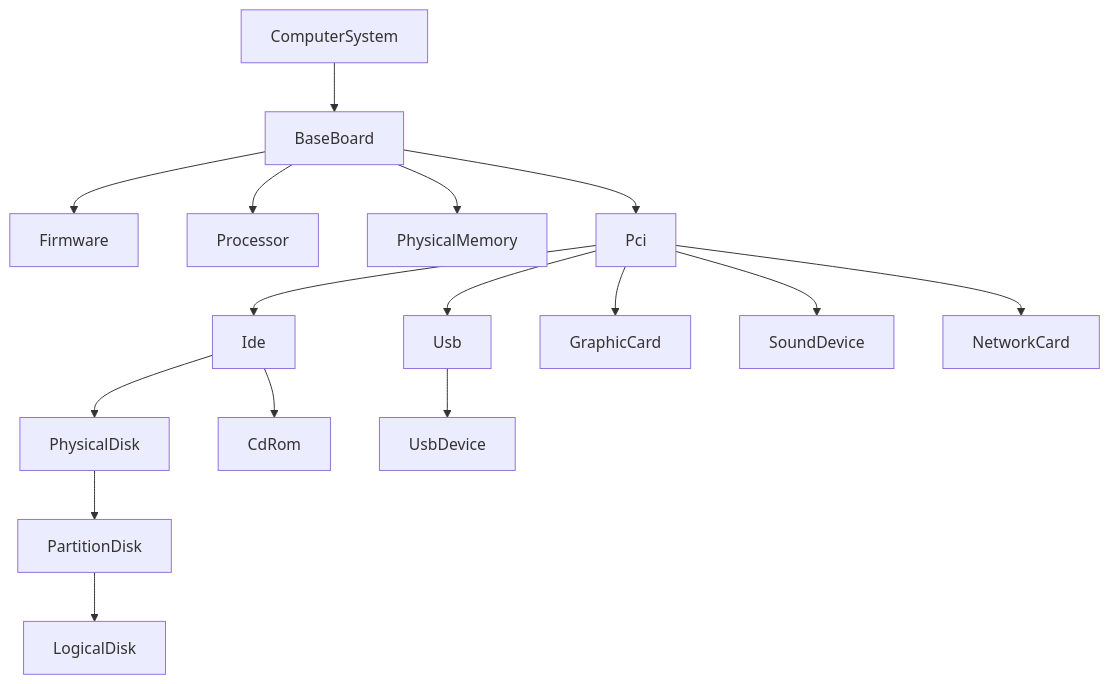
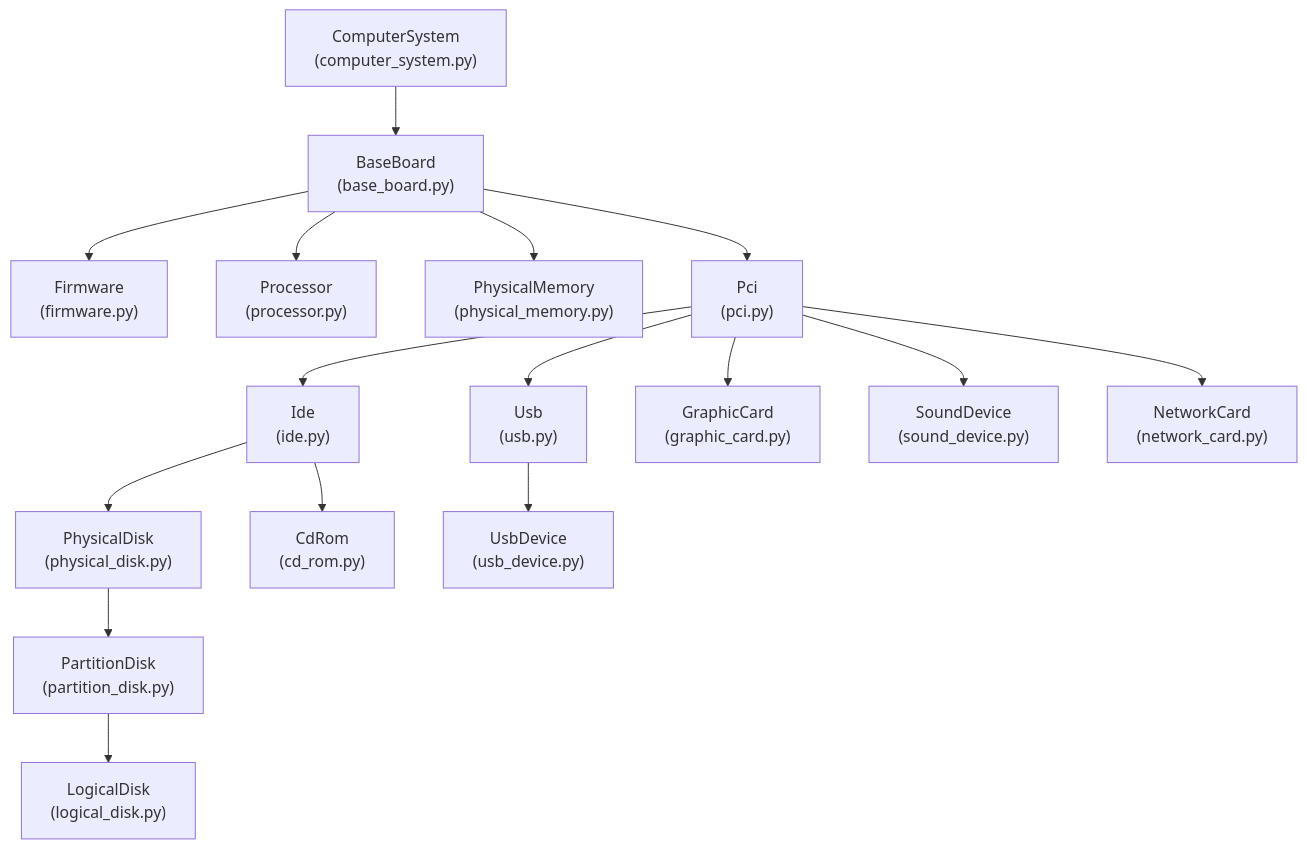
The diagram in docs/explanation/architecture.md (migasfree/lshw-windows-emulator), drawn with Mermaid before and after one commit. The commit also changed other lines of this file and 9 other files, not shown here.

First line of the commit message:
docs: add architecture decision records and align documentation with current code

````diff
--- a/docs/explanation/architecture.md
+++ b/docs/explanation/architecture.md
@@ -21,37 +79,35 @@
 ```mermaid
 graph TD
-    %% 1. Node Declarations
-    CS["ComputerSystem"]
-    BB["BaseBoard"]
-    FW["Firmware"]
-    PR["Processor"]
-    PM["PhysicalMemory"]
-    PCI["Pci"]
-    IDE["Ide"]
-    PD["PhysicalDisk"]
-    PAR["PartitionDisk"]
-    LD["LogicalDisk"]
-    USB["Usb"]
-    UD["UsbDevice"]
-    CD["CdRom"]
-    GC["GraphicCard"]
-    SD["SoundDevice"]
-    NIC["NetworkCard"]
+    CS["ComputerSystem<br/>(computer_system.py)"]
+    BB["BaseBoard<br/>(base_board.py)"]
+    FW["Firmware<br/>(firmware.py)"]
+    PR["Processor<br/>(processor.py)"]
+    PM["PhysicalMemory<br/>(physical_memory.py)"]
+    PCI["Pci<br/>(pci.py)"]
+    IDE["Ide<br/>(ide.py)"]
+    PD["PhysicalDisk<br/>(physical_disk.py)"]
+    PAR["PartitionDisk<br/>(partition_disk.py)"]
+    LD["LogicalDisk<br/>(logical_disk.py)"]
+    USB["Usb<br/>(usb.py)"]
+    UD["UsbDevice<br/>(usb_device.py)"]
+    CD["CdRom<br/>(cd_rom.py)"]
+    GC["GraphicCard<br/>(graphic_card.py)"]
+    SD["SoundDevice<br/>(sound_device.py)"]
+    NIC["NetworkCard<br/>(network_card.py)"]
 
-    %% 2. Connection Logic (Parent → Child)
     CS --> BB
     BB --> FW
     BB --> PR
     BB --> PM
     BB --> PCI
     PCI --> IDE
     PCI --> USB
     PCI --> GC
     PCI --> SD
     PCI --> NIC
     IDE --> PD
     IDE --> CD
     PD --> PAR
     PAR --> LD
     USB --> UD
 ```
````
